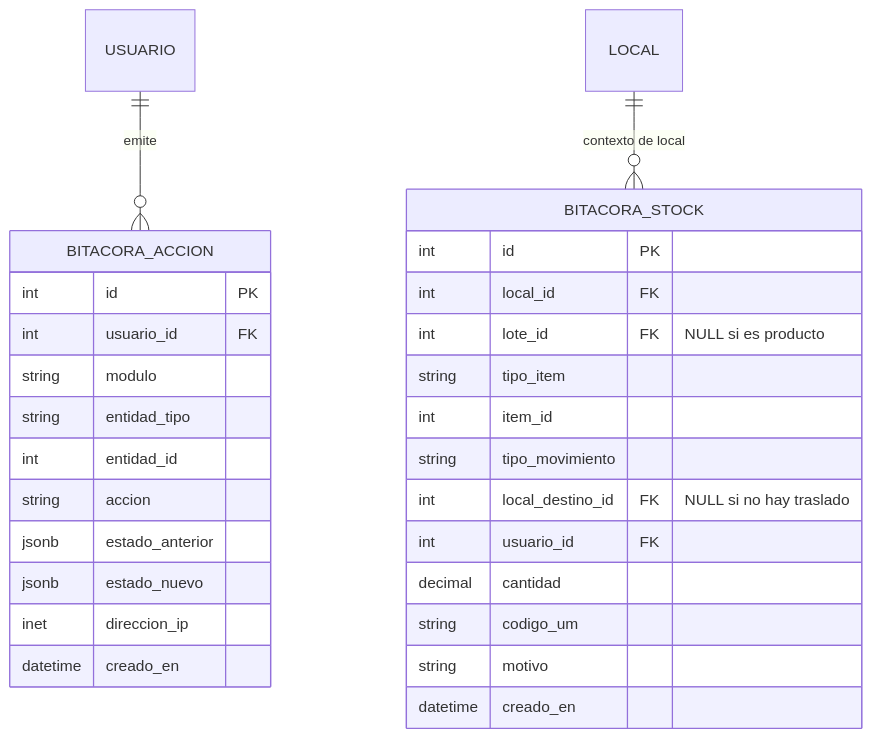
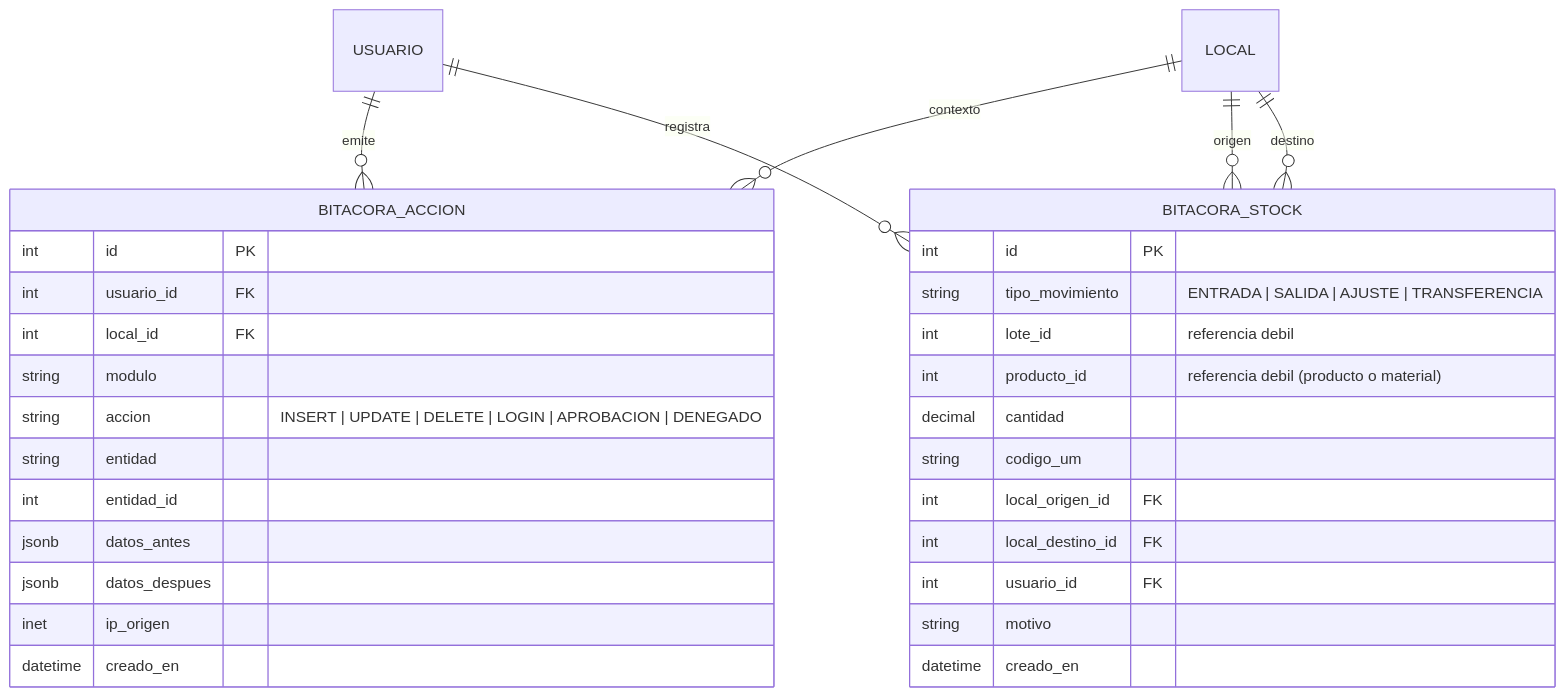
Before and after one commit to Enrrill/DLL-Sulimados---Core: the diagram in docs/modelo-datos/06.2-auditoria.md, drawn with Mermaid. The commit also changed other lines of this file and 27 other files, not shown here.

````diff
--- a/docs/modelo-datos/06.2-auditoria.md
+++ b/docs/modelo-datos/06.2-auditoria.md
@@ -18,31 +19,34 @@
 ```mermaid
 erDiagram
     USUARIO ||--o{ BITACORA_ACCION : "emite"
+    LOCAL ||--o{ BITACORA_ACCION : "contexto"
     BITACORA_ACCION {
         int id PK
         int usuario_id FK
+        int local_id FK
         string modulo
-        string entidad_tipo
+        string accion "INSERT | UPDATE | DELETE | LOGIN | APROBACION | DENEGADO"
+        string entidad
         int entidad_id
-        string accion
-        jsonb estado_anterior
-        jsonb estado_nuevo
-        inet direccion_ip
+        jsonb datos_antes
+        jsonb datos_despues
+        inet ip_origen
         datetime creado_en
     }
-    LOCAL ||--o{ BITACORA_STOCK : "contexto de local"
+    LOCAL ||--o{ BITACORA_STOCK : "origen"
+    LOCAL ||--o{ BITACORA_STOCK : "destino"
+    USUARIO ||--o{ BITACORA_STOCK : "registra"
     BITACORA_STOCK {
         int id PK
-        int local_id FK
-        int lote_id FK "NULL si es producto"
-        string tipo_item
-        int item_id
-        string tipo_movimiento
-        int local_destino_id FK "NULL si no hay traslado"
-        int usuario_id FK
+        string tipo_movimiento "ENTRADA | SALIDA | AJUSTE | TRANSFERENCIA"
+        int lote_id "referencia debil"
+        int producto_id "referencia debil (producto o material)"
         decimal cantidad
         string codigo_um
+        int local_origen_id FK
+        int local_destino_id FK
+        int usuario_id FK
         string motivo
         datetime creado_en
     }
 ```
````
